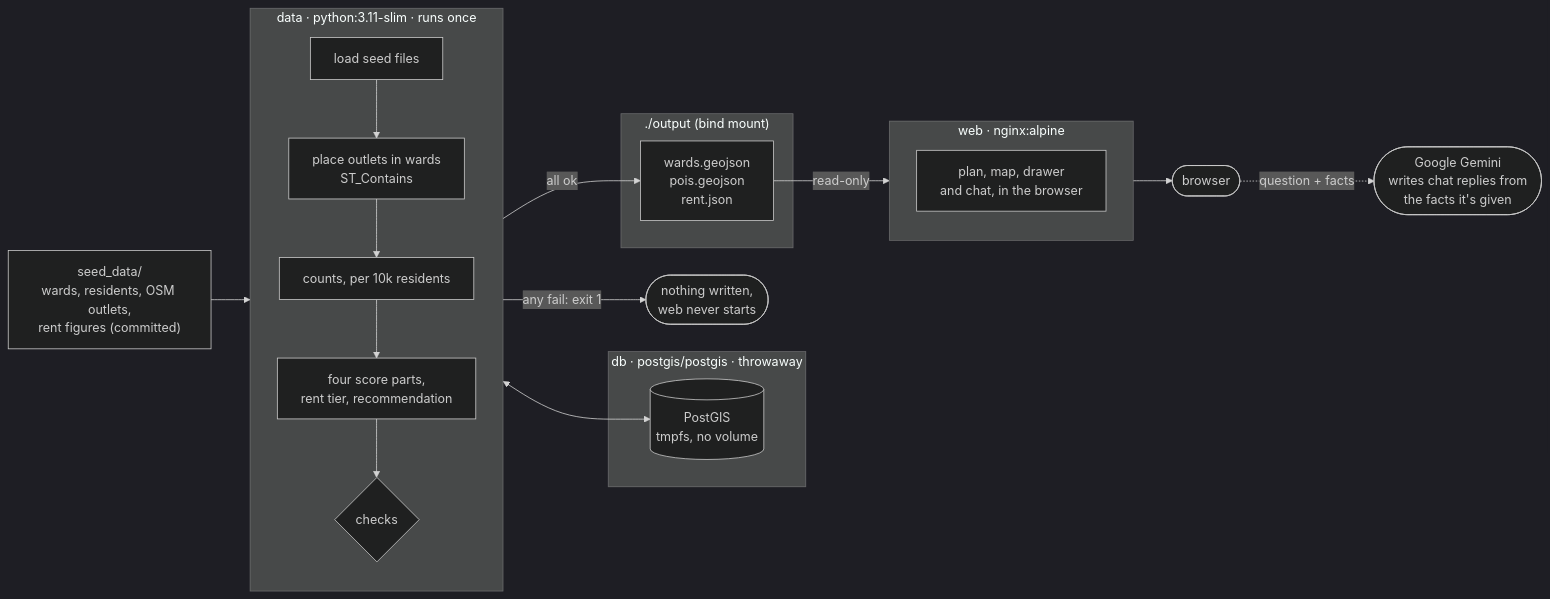
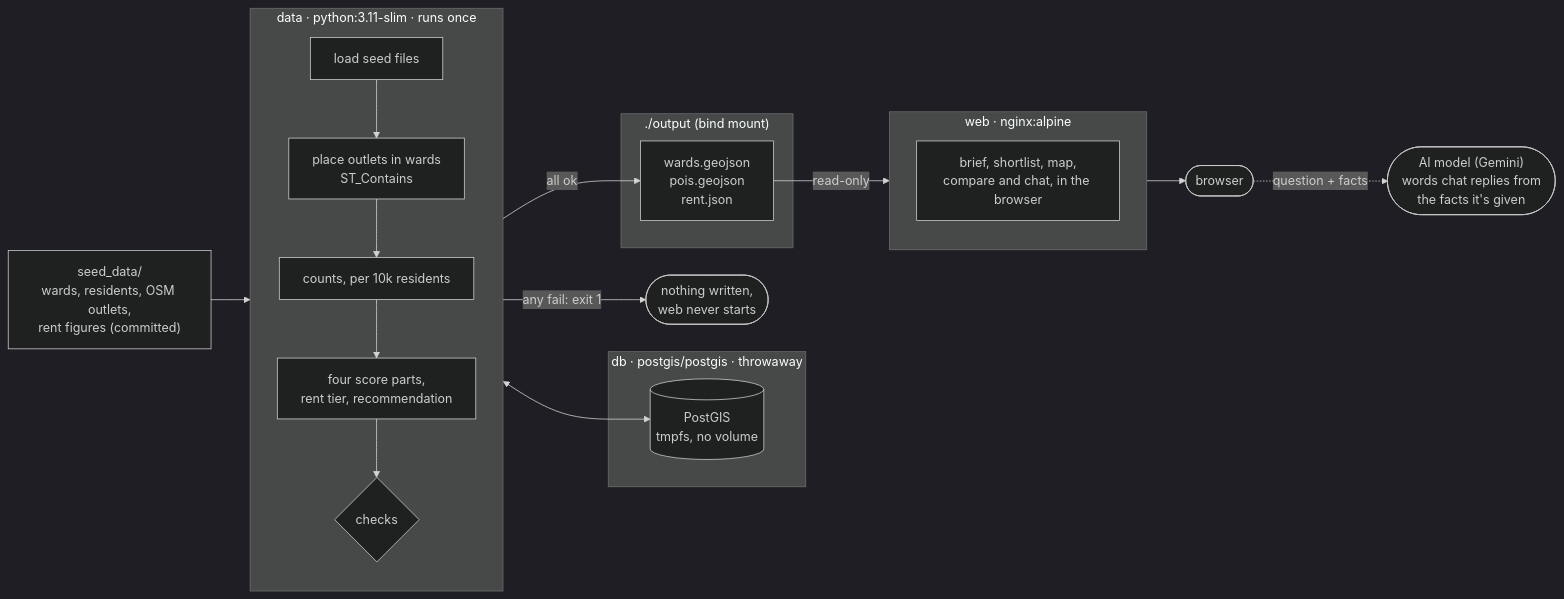
One commit to 33avash/Localio changed the diagram in docs/ARCHITECTURE.md. Above: the diagram before and after it, drawn with Mermaid (dark theme). The commit also changed other lines of this file and 6 other files, not shown here.

````diff
--- a/docs/ARCHITECTURE.md
+++ b/docs/ARCHITECTURE.md
@@ -5,34 +5,34 @@
 ```mermaid
 flowchart LR
     seed["seed_data/<br/>wards, residents, OSM outlets,<br/>rent figures (committed)"]
 
     subgraph db["db · postgis/postgis · throwaway"]
         pg[("PostGIS<br/>tmpfs, no volume")]
     end
 
     subgraph data["data · python:3.11-slim · runs once"]
         direction TB
         load["load seed files"] --> join["place outlets in wards<br/>ST_Contains"]
         join --> count["counts, per 10k residents"]
         count --> score["four score parts,<br/>rent tier, recommendation"]
         score --> check{"checks"}
     end
 
     subgraph out["./output (bind mount)"]
         files["wards.geojson<br/>pois.geojson<br/>rent.json"]
     end
 
     subgraph web["web · nginx:alpine"]
-        site["plan, map, drawer<br/>and chat, in the browser"]
+        site["brief, shortlist, map,<br/>compare and chat, in the browser"]
     end
 
-    gemini(["Google Gemini<br/>writes chat replies from<br/>the facts it's given"])
+    gemini(["AI model (Gemini)<br/>words chat replies from<br/>the facts it's given"])
 
     seed --> load
     load <--> pg
     check -- "all ok" --> files
     check -- "any fail: exit 1" --> stop(["nothing written,<br/>web never starts"])
     files -- "read-only" --> web
     web --> browser(["browser"])
     browser -. "question + facts" .-> gemini
 ```
````
